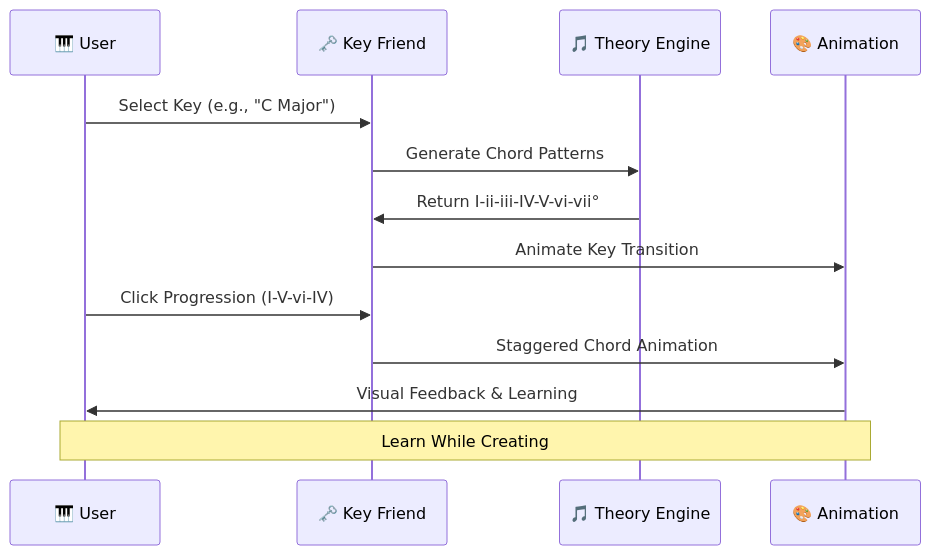
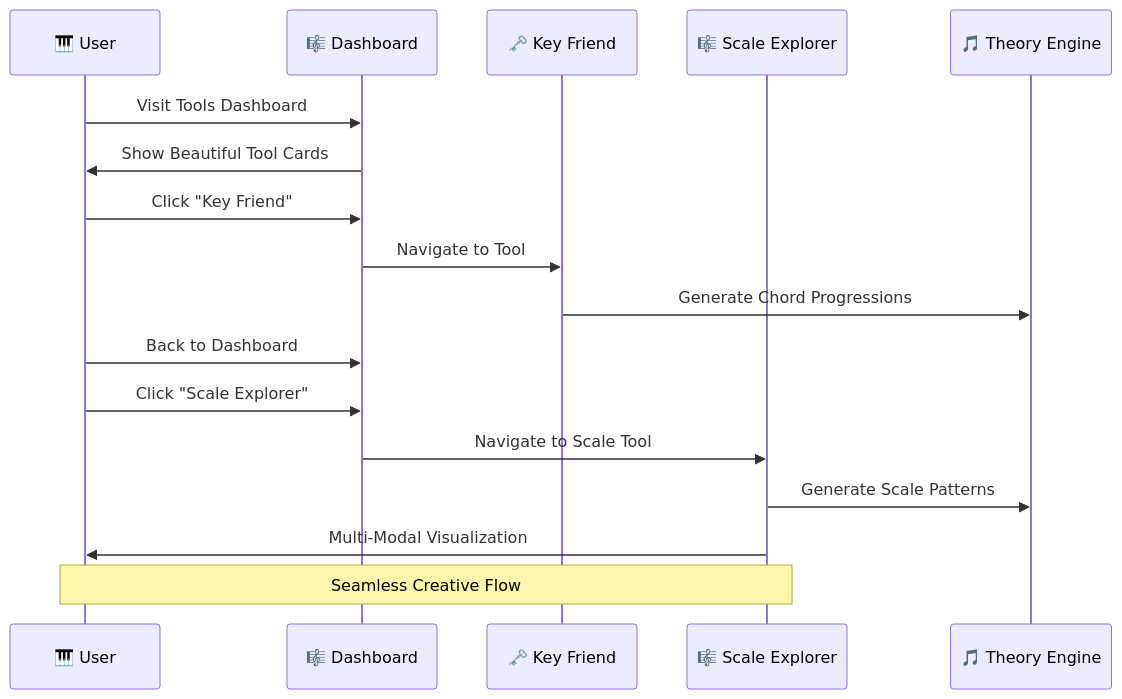
Before and after one commit to Lukeus/music-lab: the third of 6 diagrams in README.md, drawn with Mermaid. The commit also changed other lines of this file and 27 other files, not shown here.

First line of the commit message:
🎼 Add Scale Explorer and Music Tools Dashboard

````diff
--- a/README.md
+++ b/README.md
@@ -111,17 +123,21 @@
 ```mermaid
 sequenceDiagram
     participant U as 🎹 User
+    participant D as 🎼 Dashboard
     participant K as 🗝️ Key Friend
+    participant S as 🎼 Scale Explorer
     participant T as 🎵 Theory Engine
-    participant A as 🎨 Animation
     
-    U->>K: Select Key (e.g., "C Major")
-    K->>T: Generate Chord Patterns
-    T->>K: Return I-ii-iii-IV-V-vi-vii°
-    K->>A: Animate Key Transition
-    U->>K: Click Progression (I-V-vi-IV)
-    K->>A: Staggered Chord Animation
-    A->>U: Visual Feedback & Learning
+    U->>D: Visit Tools Dashboard
+    D->>U: Show Beautiful Tool Cards
+    U->>D: Click "Key Friend"
+    D->>K: Navigate to Tool
+    K->>T: Generate Chord Progressions
+    U->>D: Back to Dashboard
+    U->>D: Click "Scale Explorer"
+    D->>S: Navigate to Scale Tool
+    S->>T: Generate Scale Patterns
+    S->>U: Multi-Modal Visualization
     
-    Note over U,A: Learn While Creating
+    Note over U,S: Seamless Creative Flow
 ```
````
